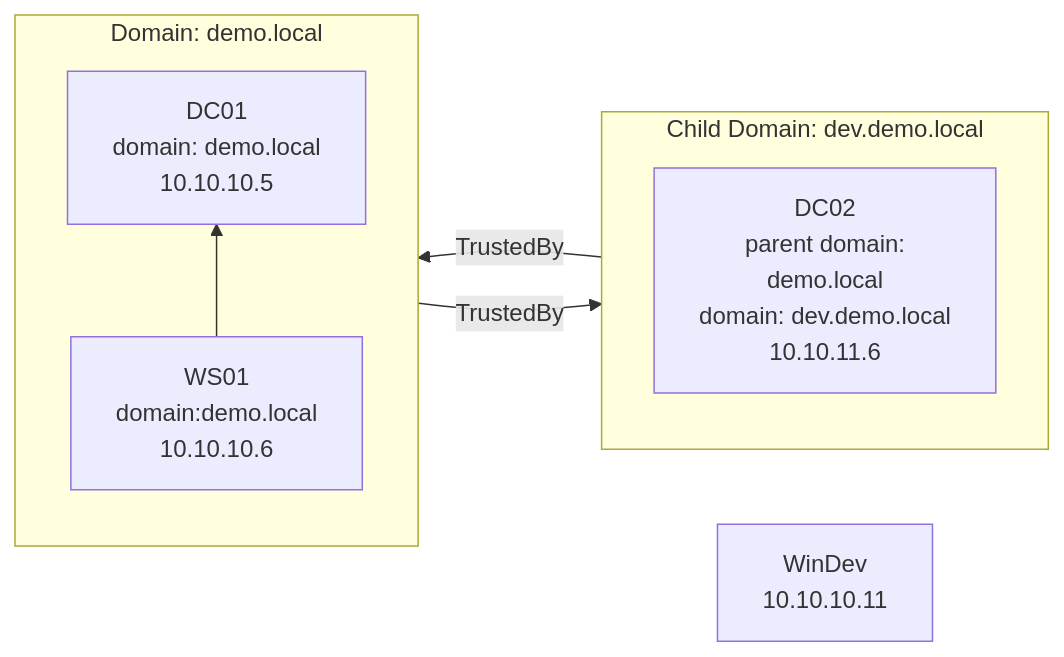
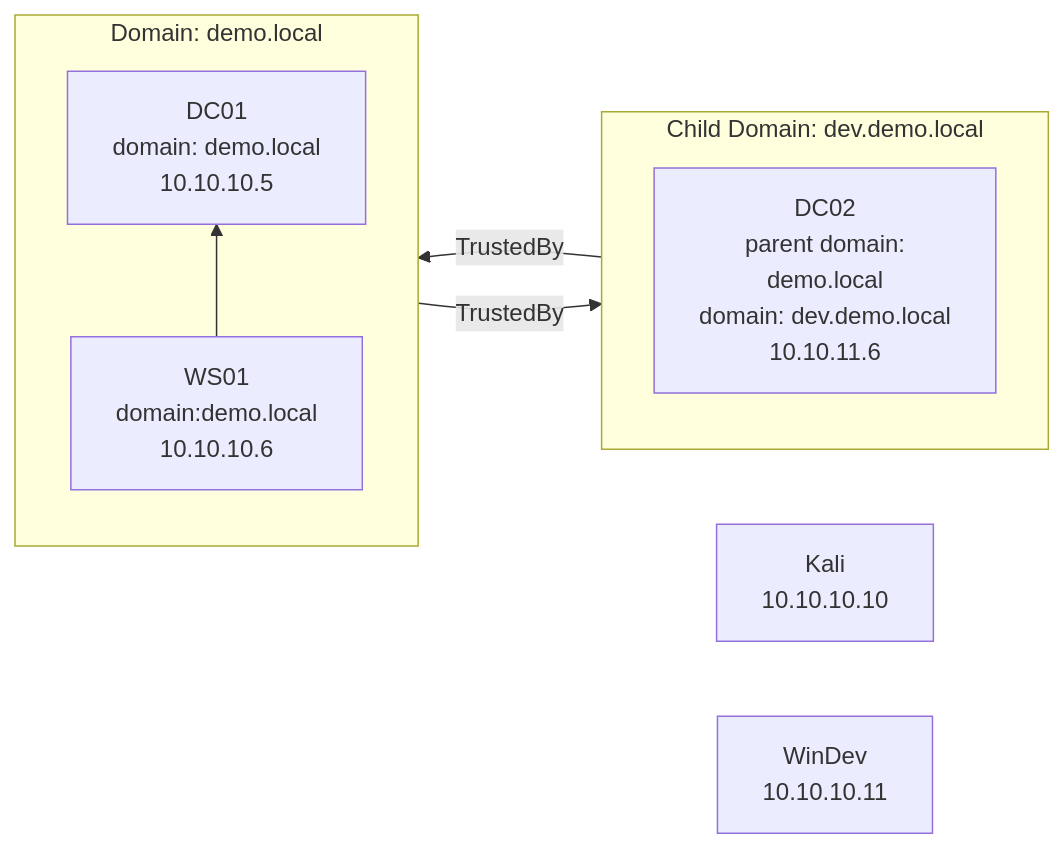
The diagram in README.md (AlanFoster/ad-lab), drawn with Mermaid before and after one commit.

Commit message:
Update WinDev label in mermaid diagram

````diff
--- a/README.md
+++ b/README.md
@@ -49,24 +49,24 @@
 ```mermaid
 flowchart RL
     DC01[DC01\ndomain: demo.local\n10.10.10.5]
     WS01[WS01\ndomain:demo.local\n10.10.10.6]
 
     DC02[DC02\nparent domain:\n demo.local\ndomain: dev.demo.local\n10.10.11.6]
 
     Kali[Kali\n10.10.10.10]
-    Kali[WinDev\n10.10.10.11]
+    WinDev[WinDev\n10.10.10.11]
 
     subgraph demo.local [Domain: demo.local]
         direction BT
 
         DC01
         WS01 --> DC01
     end
 
     subgraph dev.demo.local [Child Domain: dev.demo.local]
         DC02
     end
 
    dev.demo.local --> |TrustedBy| demo.local
    demo.local --> |TrustedBy| dev.demo.local
 ```
````
